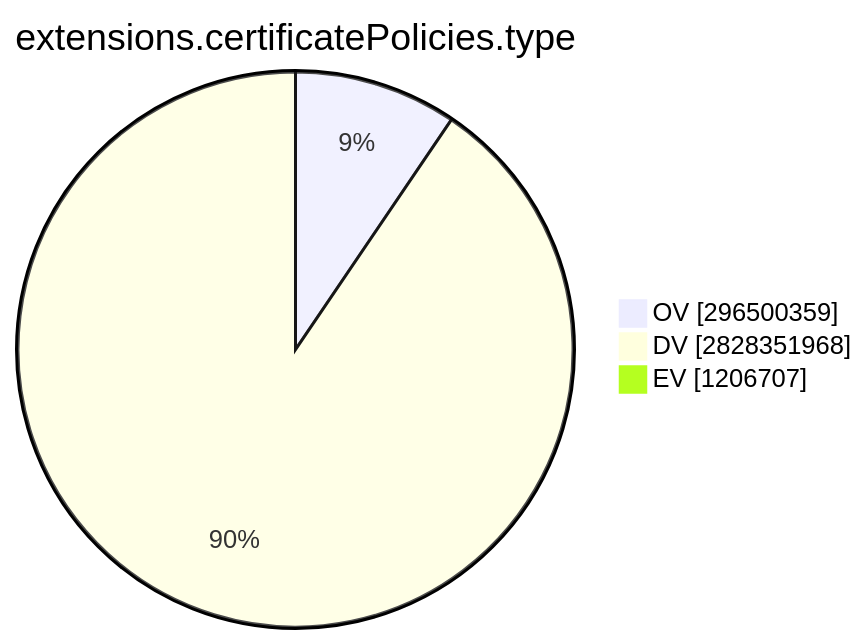
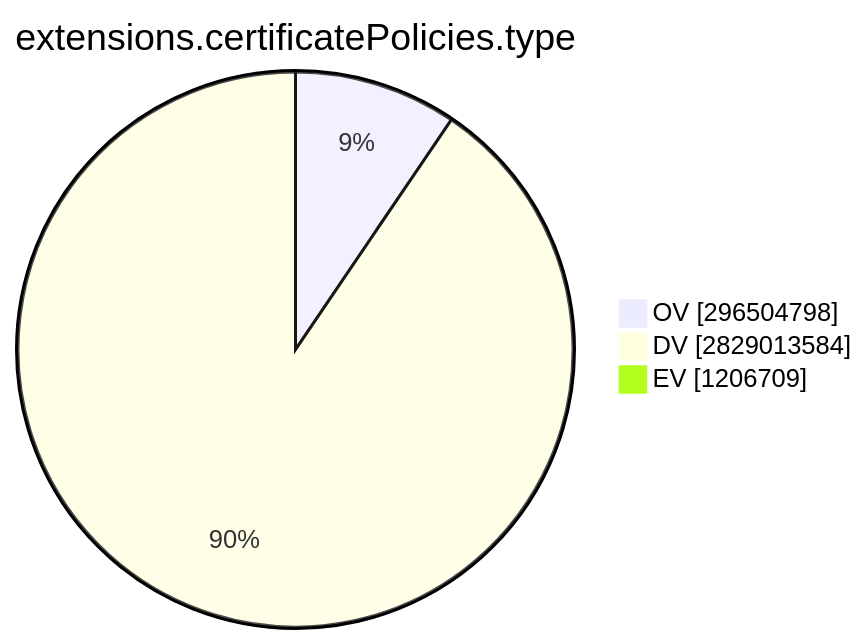
The ninth of 15 diagrams in TOTAL/README.md (christiankrug/ctmonitor_visualization), drawn with Mermaid before and after one commit. The commit also changed other lines of this file, not shown here.

````diff
--- a/TOTAL/README.md
+++ b/TOTAL/README.md
@@ -3099,7 +3099,7 @@
 ```mermaid
 pie showData
 title extensions.certificatePolicies.type
-"OV" :296500359
-"DV" :2828351968
-"EV" :1206707
+"OV" :296504798
+"DV" :2829013584
+"EV" :1206709
 ```
````
